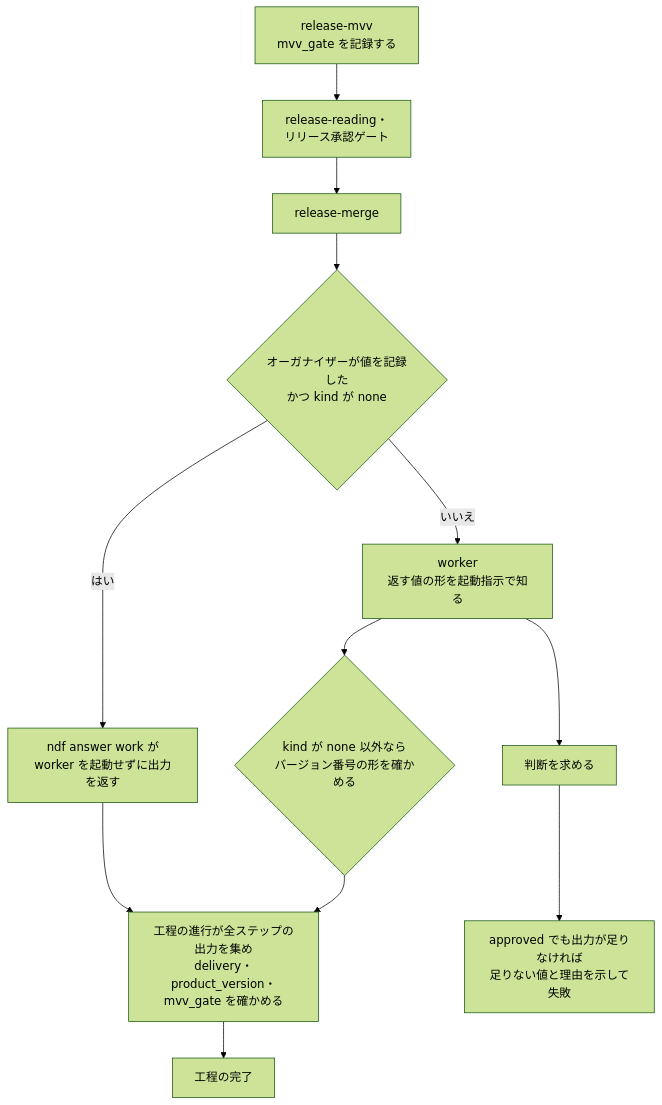
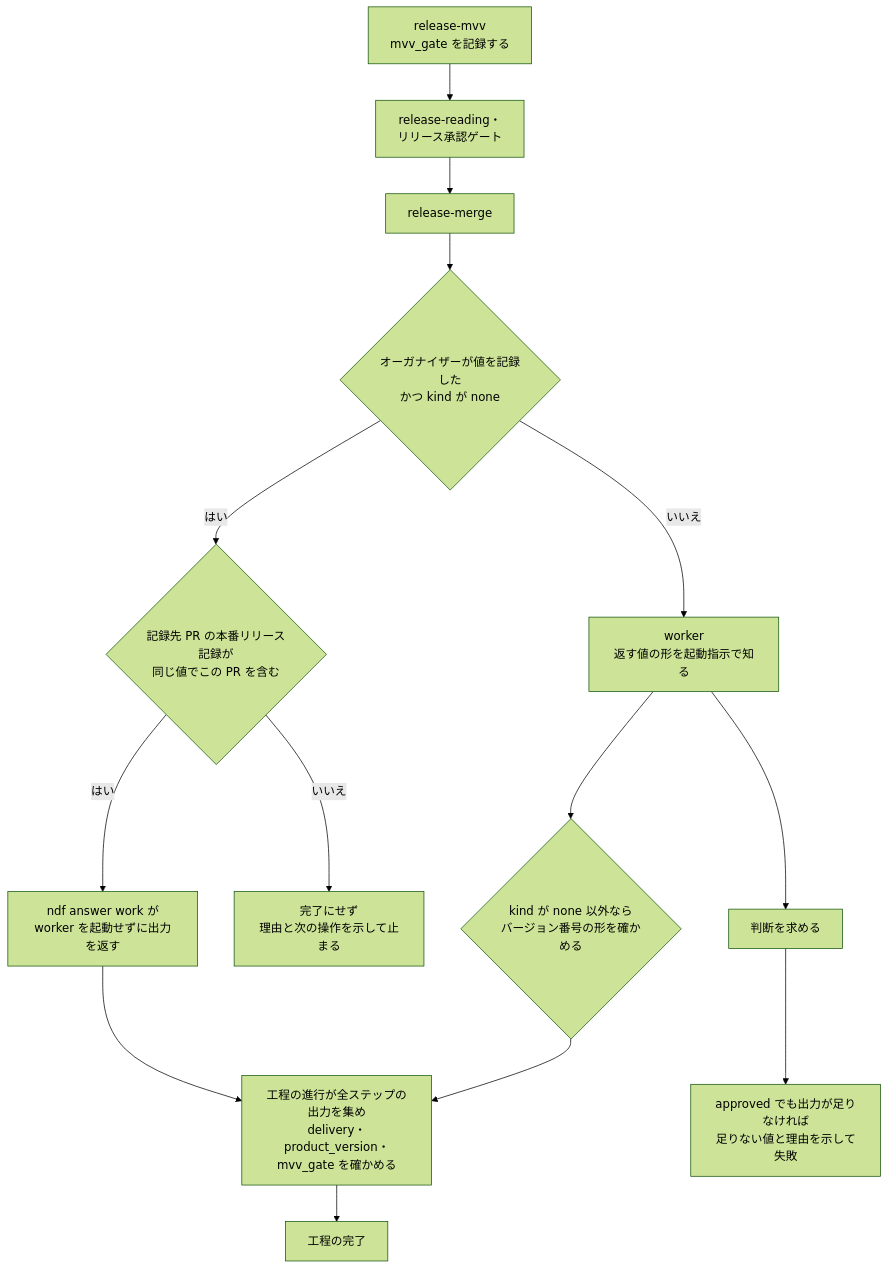
One commit to devbasex/ai-plugins changed the second of 3 diagrams in issues/issue-4513-design.md. Above: the diagram before and after it, drawn with Mermaid (forest theme). The commit also changed other lines of this file and 1 other file, not shown here.

````diff
--- a/issues/issue-4513-design.md
+++ b/issues/issue-4513-design.md
@@ -56,14 +57,16 @@
 ```mermaid
 graph TD
   mvv["release-mvv<br>mvv_gate を記録する"] --> gate["release-reading・<br>リリース承認ゲート"]
   gate --> merge["release-merge"]
   merge --> q{"オーガナイザーが値を記録した<br>かつ kind が none"}
-  q -->|はい| script["ndf answer work が<br>worker を起動せずに出力を返す"]
+  q -->|はい| rec{"記録先 PR の本番リリース記録が<br>同じ値でこの PR を含む"}
+  rec -->|はい| script["ndf answer work が<br>worker を起動せずに出力を返す"]
+  rec -->|いいえ| nodone["完了にせず<br>理由と次の操作を示して止まる"]
   q -->|いいえ| worker["worker<br>返す値の形を起動指示で知る"]
   worker --> check{"kind が none 以外なら<br>バージョン番号の形を確かめる"}
   script --> sum["工程の進行が全ステップの出力を集め<br>delivery・product_version・mvv_gate を確かめる"]
   check --> sum
   sum --> done["工程の完了"]
   worker --> ask["判断を求める"]
   ask --> fail["approved でも出力が足りなければ<br>足りない値と理由を示して失敗"]
 ```
````
